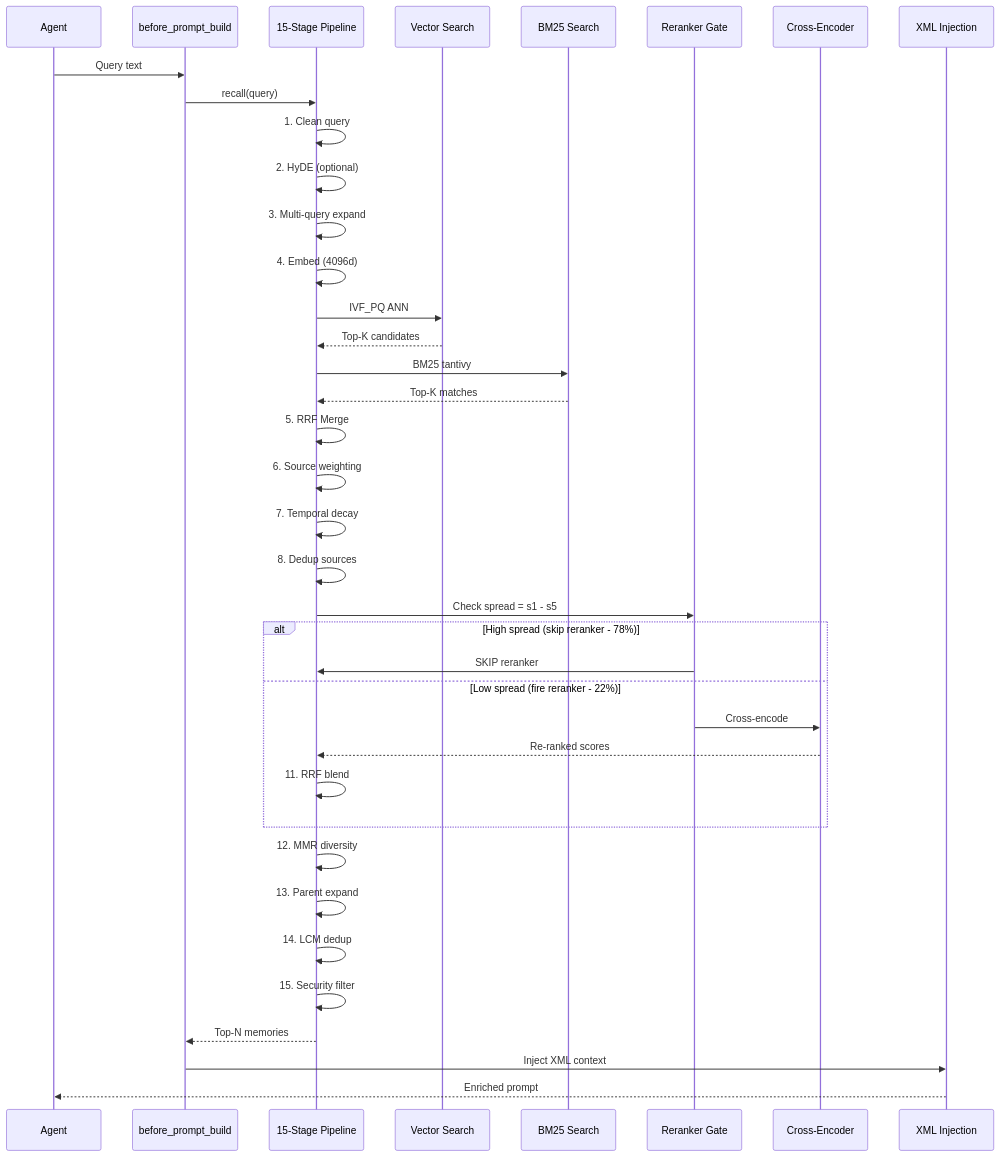
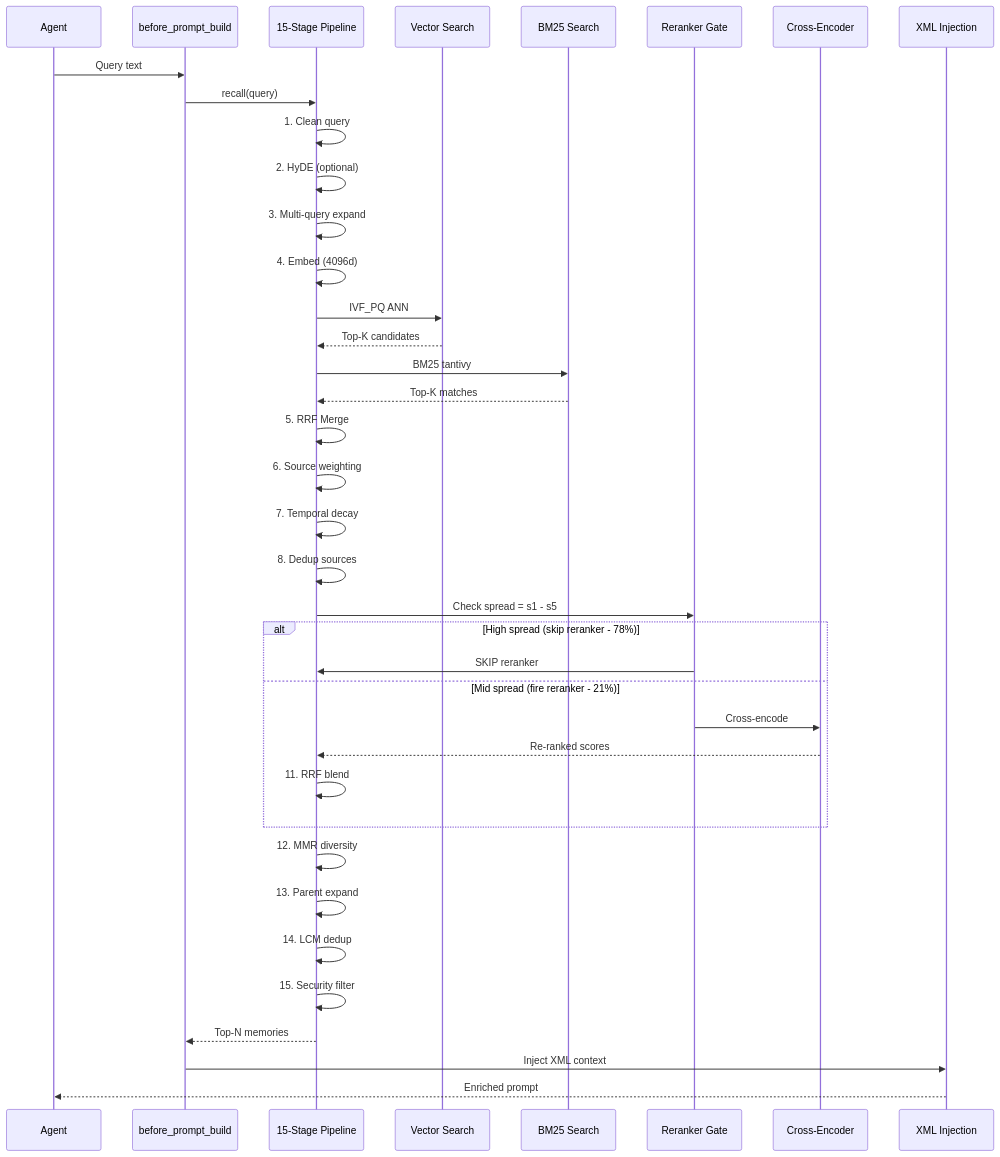
The second of 5 diagrams in README.md (kleinpanic/memory-spark), drawn with Mermaid before and after one commit. The commit also changed other lines of this file and 3 other files, not shown here.

Commit message:
docs: reconcile README/config/architecture with current runtime

````diff
--- a/README.md
+++ b/README.md
@@ -165,48 +165,48 @@
 ```mermaid
 sequenceDiagram
     participant Agent
     participant Hook as before_prompt_build
     participant Pipeline as 15-Stage Pipeline
     participant Vector as Vector Search
     participant FTS as BM25 Search
     participant Gate as Reranker Gate
     participant Reranker as Cross-Encoder
     participant Prompt as XML Injection
 
     Agent->>Hook: Query text
     Hook->>Pipeline: recall(query)
 
     Pipeline->>Pipeline: 1. Clean query
     Pipeline->>Pipeline: 2. HyDE (optional)
     Pipeline->>Pipeline: 3. Multi-query expand
     Pipeline->>Pipeline: 4. Embed (4096d)
 
     Pipeline->>Vector: IVF_PQ ANN
     Vector-->>Pipeline: Top-K candidates
     Pipeline->>FTS: BM25 tantivy
     FTS-->>Pipeline: Top-K matches
 
     Pipeline->>Pipeline: 5. RRF Merge
     Pipeline->>Pipeline: 6. Source weighting
     Pipeline->>Pipeline: 7. Temporal decay
     Pipeline->>Pipeline: 8. Dedup sources
 
     Pipeline->>Gate: Check spread = s1 - s5
 
     alt High spread (skip reranker - 78%)
         Gate->>Pipeline: SKIP reranker
-    else Low spread (fire reranker - 22%)
+    else Mid spread (fire reranker - 21%)
         Gate->>Reranker: Cross-encode
         Reranker-->>Pipeline: Re-ranked scores
         Pipeline->>Pipeline: 11. RRF blend
     end
 
     Pipeline->>Pipeline: 12. MMR diversity
     Pipeline->>Pipeline: 13. Parent expand
     Pipeline->>Pipeline: 14. LCM dedup
     Pipeline->>Pipeline: 15. Security filter
 
     Pipeline-->>Hook: Top-N memories
     Hook->>Prompt: Inject XML context
     Prompt-->>Agent: Enriched prompt
 ```
````
